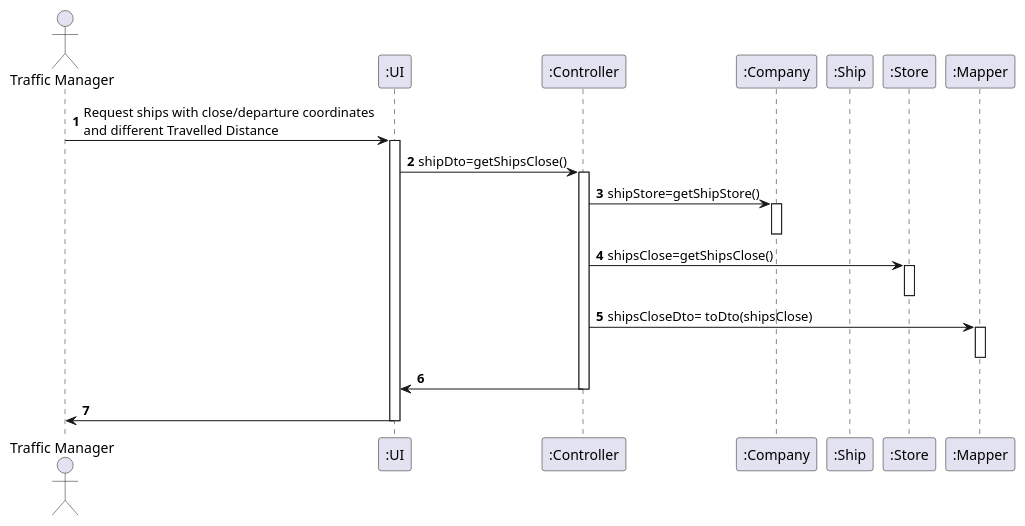
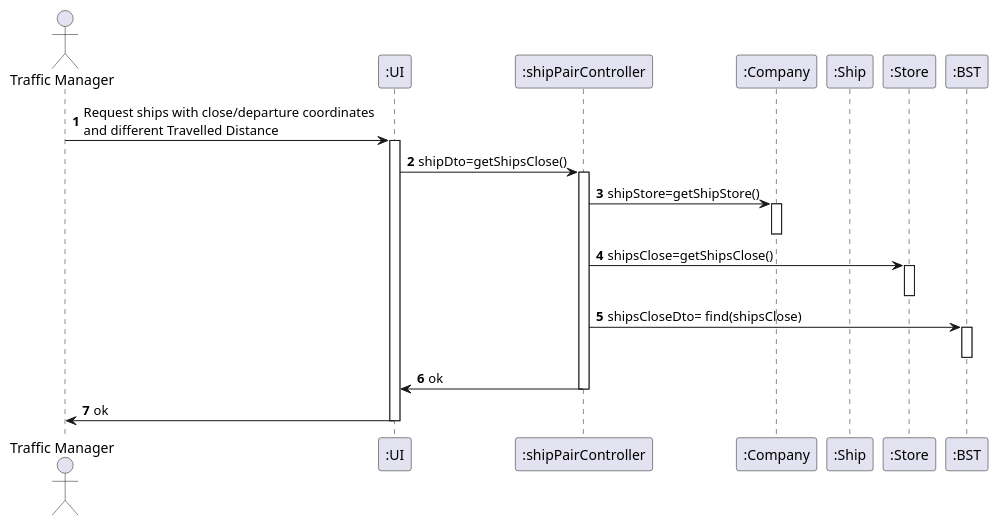
The diagram in docs/Sprint 1/US107/US107_SD.puml (GuilhermeCunha79/LAPR3), drawn with PlantUML before and after one commit. The commit also changed 6 other files, not shown here.

```diff
--- a/docs/Sprint 1/US107/US107_SD.puml
+++ b/docs/Sprint 1/US107/US107_SD.puml
@@ -1,35 +1,35 @@
 @startuml
 'https://plantuml.com/sequence-diagram
 
 autonumber
 
 actor "Traffic Manager" as TF
 participant ":UI" as UI
-participant ":Controller" as CTR
+participant ":shipPairController" as CTR
 participant ":Company" as COMP
 participant ":Ship" as SP
 participant ":Store" as STR
-participant ":Mapper" as MPR
+participant ":BST" as BST
 
 TF->UI : Request ships with close/departure coordinates \nand different Travelled Distance
 activate UI
 UI->CTR : shipDto=getShipsClose()
 activate CTR
 CTR->COMP : shipStore=getShipStore()
 activate COMP
 deactivate COMP
 CTR->STR : shipsClose=getShipsClose()
 activate STR
 deactivate STR
-CTR->MPR : shipsCloseDto= toDto(shipsClose)
-activate MPR
-deactivate MPR
-CTR->UI
+CTR->BST : shipsCloseDto= find(shipsClose)
+activate BST
+deactivate BST
+CTR->UI : ok
 deactivate CTR
-UI->TF :
+UI->TF : ok
 deactivate UI
 
 
 
 
 @enduml
```
